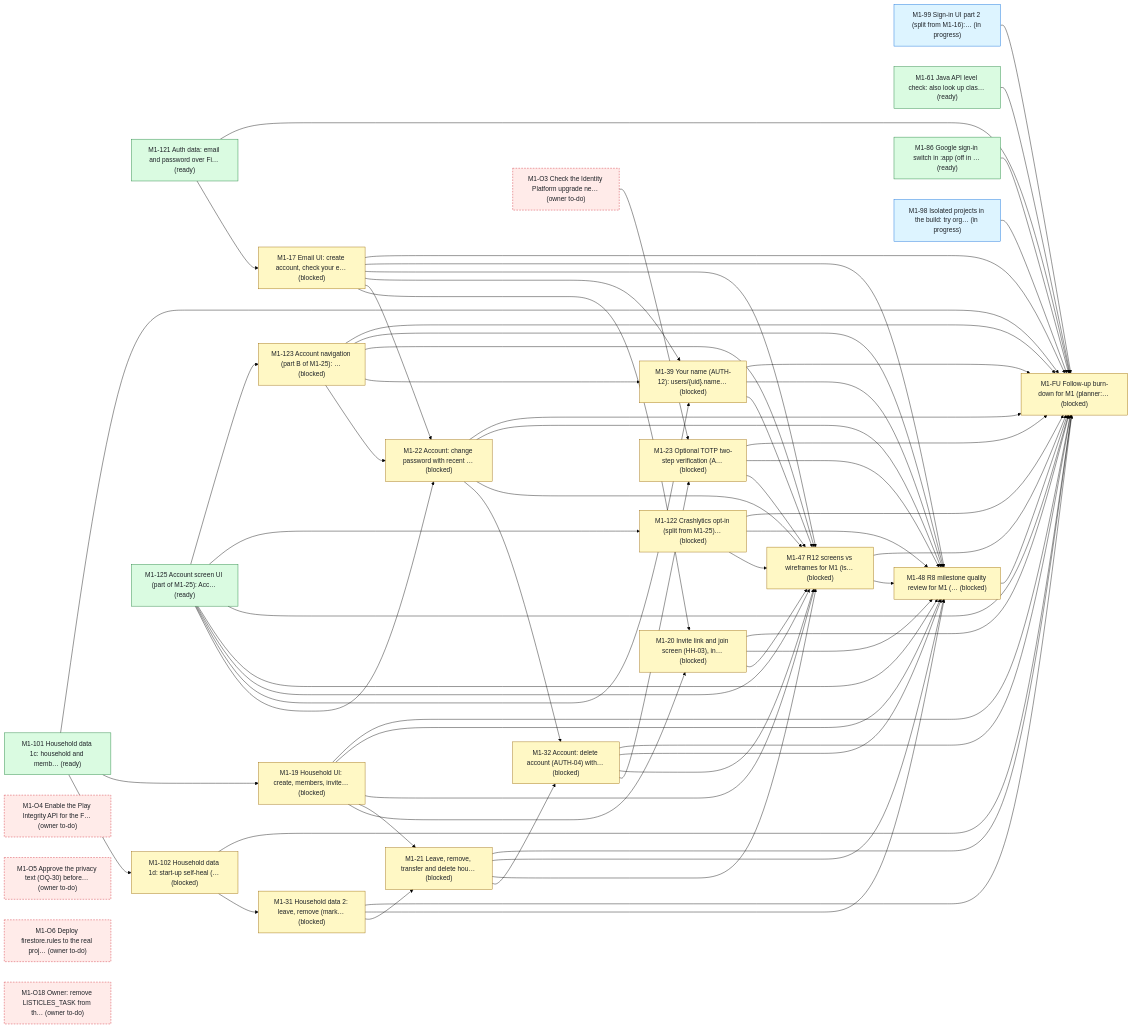
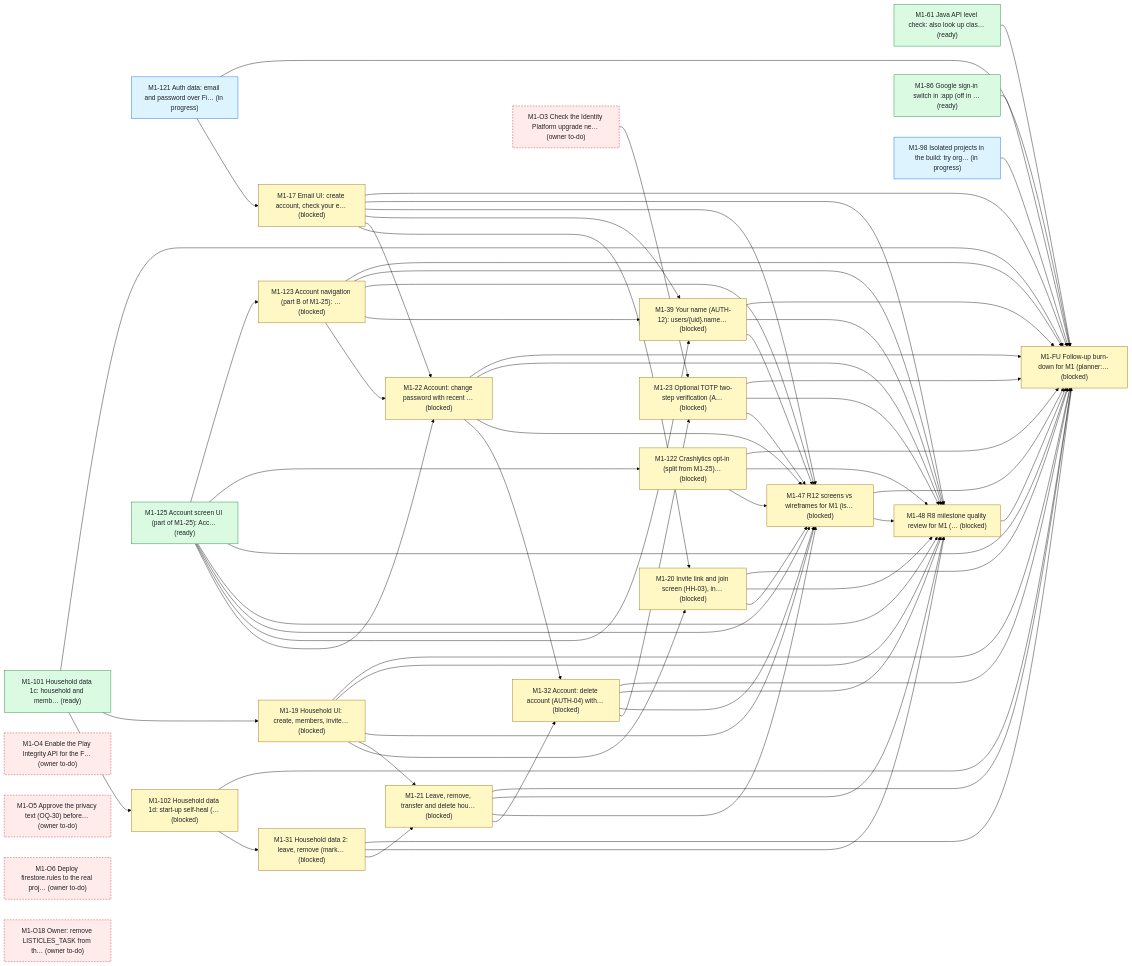
One commit to bondo/listicles2 changed the first of 4 diagrams in status.md. Above: the diagram before and after it, drawn with Mermaid (forest theme). The commit also changed other lines of this file and 3 other files, not shown here.

````diff
--- a/status.md
+++ b/status.md
@@ -252,97 +252,95 @@
 ```mermaid
 flowchart LR
-    n0["M1-121 Auth data: email and password over Fi… (ready)"]:::ready
-    n1["M1-99 Sign-in UI part 2 (split from M1-16):… (in progress)"]:::progress
-    n2["M1-17 Email UI: create account, check your e… (blocked)"]:::blocked
-    n3["M1-101 Household data 1c: household and memb… (ready)"]:::ready
-    n4["M1-102 Household data 1d: start-up self-heal (… (blocked)"]:::blocked
-    n5["M1-31 Household data 2: leave, remove (mark… (blocked)"]:::blocked
-    n6["M1-19 Household UI: create, members, invite… (blocked)"]:::blocked
-    n7["M1-20 Invite link and join screen (HH-03), in… (blocked)"]:::blocked
-    n8["M1-21 Leave, remove, transfer and delete hou… (blocked)"]:::blocked
-    n9["M1-22 Account: change password with recent … (blocked)"]:::blocked
-    n10["M1-32 Account: delete account (AUTH-04) with… (blocked)"]:::blocked
-    n11["M1-23 Optional TOTP two-step verification (A… (blocked)"]:::blocked
-    n12["M1-61 Java API level check: also look up clas… (ready)"]:::ready
-    n13["M1-39 Your name (AUTH-12): users/{uid}.name… (blocked)"]:::blocked
-    n14["M1-47 R12 screens vs wireframes for M1 (is… (blocked)"]:::blocked
-    n15["M1-48 R8 milestone quality review for M1 (… (blocked)"]:::blocked
-    n16["M1-FU Follow-up burn-down for M1 (planner:… (blocked)"]:::blocked
-    n17["M1-O3 Check the Identity Platform upgrade ne… (owner to-do)"]:::owner
-    n18["M1-O4 Enable the Play Integrity API for the F… (owner to-do)"]:::owner
-    n19["M1-O5 Approve the privacy text (OQ-30) before… (owner to-do)"]:::owner
-    n20["M1-O6 Deploy firestore.rules to the real proj… (owner to-do)"]:::owner
-    n21["M1-86 Google sign-in switch in :app (off in … (ready)"]:::ready
-    n22["M1-98 Isolated projects in the build: try org… (in progress)"]:::progress
-    n23["M1-O18 Owner: remove LISTICLES_TASK from th… (owner to-do)"]:::owner
-    n24["M1-122 Crashlytics opt-in (split from M1-25)… (blocked)"]:::blocked
-    n25["M1-123 Account navigation (part B of M1-25): … (blocked)"]:::blocked
-    n26["M1-125 Account screen UI (part of M1-25): Acc… (ready)"]:::ready
-    n0 --> n2
+    n0["M1-121 Auth data: email and password over Fi… (in progress)"]:::progress
+    n1["M1-17 Email UI: create account, check your e… (blocked)"]:::blocked
+    n2["M1-101 Household data 1c: household and memb… (ready)"]:::ready
+    n3["M1-102 Household data 1d: start-up self-heal (… (blocked)"]:::blocked
+    n4["M1-31 Household data 2: leave, remove (mark… (blocked)"]:::blocked
+    n5["M1-19 Household UI: create, members, invite… (blocked)"]:::blocked
+    n6["M1-20 Invite link and join screen (HH-03), in… (blocked)"]:::blocked
+    n7["M1-21 Leave, remove, transfer and delete hou… (blocked)"]:::blocked
+    n8["M1-22 Account: change password with recent … (blocked)"]:::blocked
+    n9["M1-32 Account: delete account (AUTH-04) with… (blocked)"]:::blocked
+    n10["M1-23 Optional TOTP two-step verification (A… (blocked)"]:::blocked
+    n11["M1-61 Java API level check: also look up clas… (ready)"]:::ready
+    n12["M1-39 Your name (AUTH-12): users/{uid}.name… (blocked)"]:::blocked
+    n13["M1-47 R12 screens vs wireframes for M1 (is… (blocked)"]:::blocked
+    n14["M1-48 R8 milestone quality review for M1 (… (blocked)"]:::blocked
+    n15["M1-FU Follow-up burn-down for M1 (planner:… (blocked)"]:::blocked
+    n16["M1-O3 Check the Identity Platform upgrade ne… (owner to-do)"]:::owner
+    n17["M1-O4 Enable the Play Integrity API for the F… (owner to-do)"]:::owner
+    n18["M1-O5 Approve the privacy text (OQ-30) before… (owner to-do)"]:::owner
+    n19["M1-O6 Deploy firestore.rules to the real proj… (owner to-do)"]:::owner
+    n20["M1-86 Google sign-in switch in :app (off in … (ready)"]:::ready
+    n21["M1-98 Isolated projects in the build: try org… (in progress)"]:::progress
+    n22["M1-O18 Owner: remove LISTICLES_TASK from th… (owner to-do)"]:::owner
+    n23["M1-122 Crashlytics opt-in (split from M1-25)… (blocked)"]:::blocked
+    n24["M1-123 Account navigation (part B of M1-25): … (blocked)"]:::blocked
+    n25["M1-125 Account screen UI (part of M1-25): Acc… (ready)"]:::ready
+    n0 --> n1
+    n2 --> n3
     n3 --> n4
-    n4 --> n5
-    n3 --> n6
-    n6 --> n7
-    n2 --> n7
-    n6 --> n8
-    n5 --> n8
-    n2 --> n9
-    n26 --> n9
-    n25 --> n9
+    n2 --> n5
+    n5 --> n6
+    n1 --> n6
+    n5 --> n7
+    n4 --> n7
+    n1 --> n8
+    n25 --> n8
+    n24 --> n8
+    n8 --> n9
+    n7 --> n9
     n9 --> n10
-    n8 --> n10
-    n10 --> n11
-    n17 --> n11
-    n2 --> n13
-    n26 --> n13
+    n16 --> n10
+    n1 --> n12
+    n25 --> n12
+    n24 --> n12
+    n1 --> n13
+    n5 --> n13
+    n6 --> n13
+    n7 --> n13
+    n8 --> n13
+    n10 --> n13
+    n23 --> n13
+    n24 --> n13
     n25 --> n13
-    n2 --> n14
+    n9 --> n13
+    n12 --> n13
+    n1 --> n14
+    n5 --> n14
     n6 --> n14
     n7 --> n14
     n8 --> n14
-    n9 --> n14
-    n11 --> n14
+    n10 --> n14
+    n23 --> n14
     n24 --> n14
     n25 --> n14
-    n26 --> n14
-    n10 --> n14
+    n4 --> n14
+    n9 --> n14
+    n12 --> n14
     n13 --> n14
-    n2 --> n15
+    n23 --> n15
+    n24 --> n15
+    n25 --> n15
+    n21 --> n15
+    n0 --> n15
+    n1 --> n15
+    n5 --> n15
     n6 --> n15
     n7 --> n15
     n8 --> n15
+    n10 --> n15
+    n4 --> n15
     n9 --> n15
-    n11 --> n15
-    n24 --> n15
-    n25 --> n15
-    n26 --> n15
-    n5 --> n15
-    n10 --> n15
+    n12 --> n15
     n13 --> n15
     n14 --> n15
-    n24 --> n16
-    n25 --> n16
-    n26 --> n16
-    n22 --> n16
-    n1 --> n16
-    n0 --> n16
-    n2 --> n16
-    n6 --> n16
-    n7 --> n16
-    n8 --> n16
-    n9 --> n16
-    n11 --> n16
-    n5 --> n16
-    n10 --> n16
-    n13 --> n16
-    n14 --> n16
-    n15 --> n16
-    n12 --> n16
-    n21 --> n16
-    n3 --> n16
-    n4 --> n16
-    n26 --> n24
-    n26 --> n25
+    n11 --> n15
+    n20 --> n15
+    n2 --> n15
+    n3 --> n15
+    n25 --> n23
+    n25 --> n24
     classDef ready fill:#dafbe1,stroke:#1a7f37,color:#1f2328
     classDef progress fill:#ddf4ff,stroke:#0969da,color:#1f2328
     classDef blocked fill:#fff8c5,stroke:#9a6700,color:#1f2328
````
